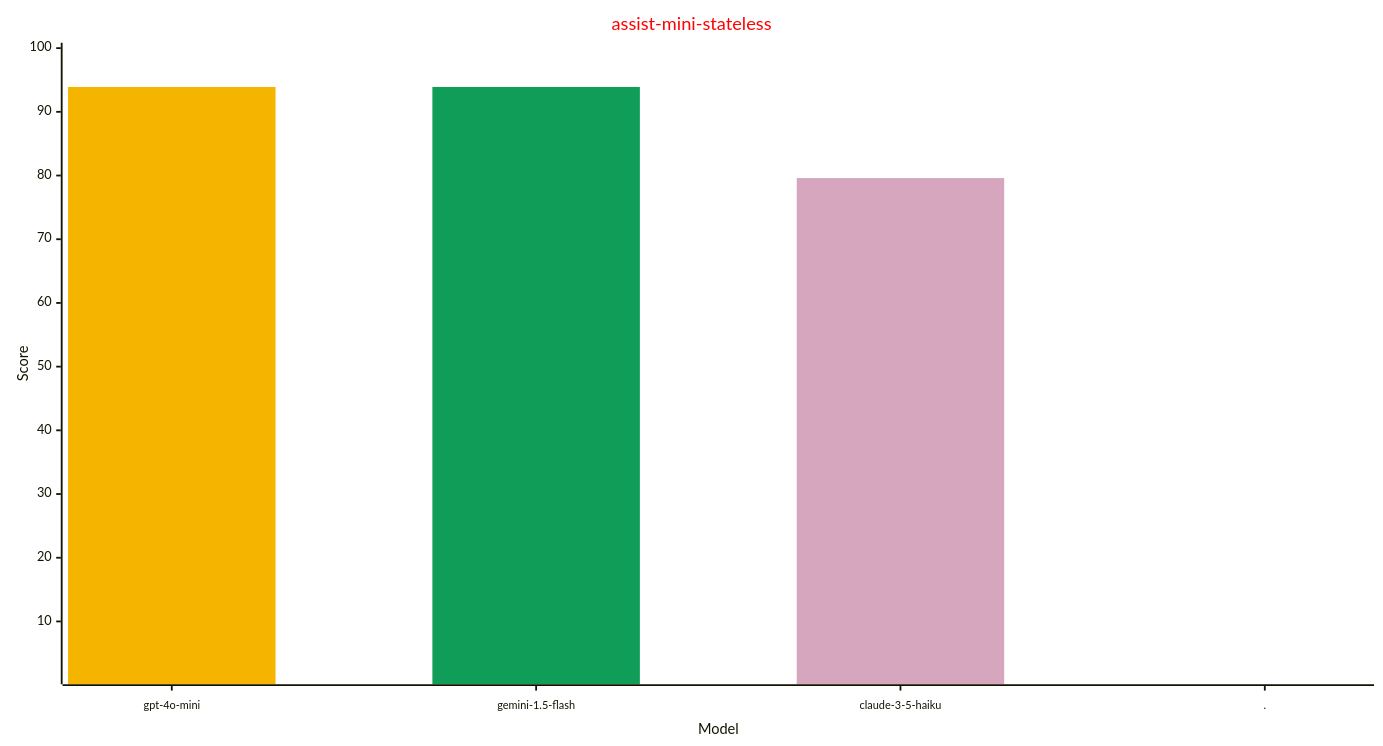
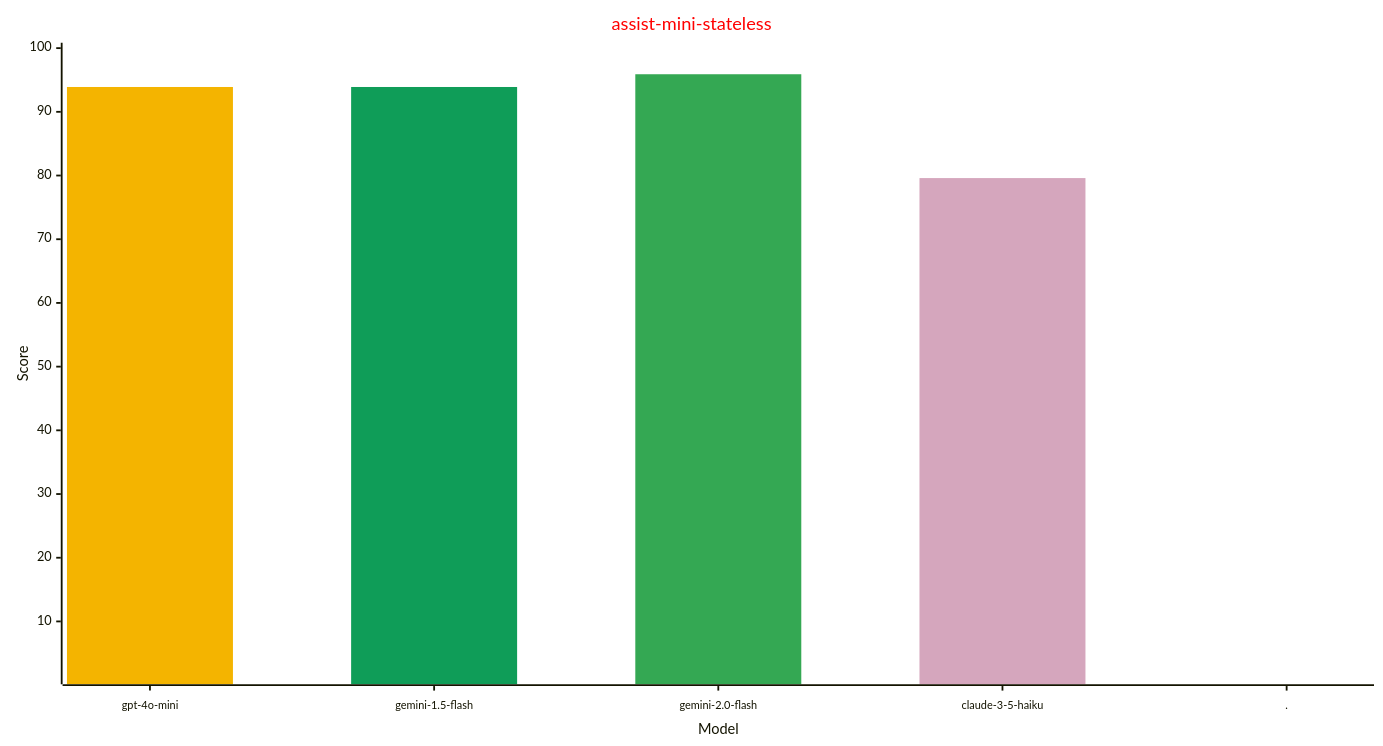
One commit to allenporter/home-assistant-datasets changed the fourth of 4 diagrams in reports/README.md. Above: the diagram before and after it, drawn with Mermaid. The commit also changed other lines of this file and 52 other files, not shown here.

Commit message:
Update assist-mini-stateless results for gemini-2.0-flash

````diff
--- a/reports/README.md
+++ b/reports/README.md
@@ -200,24 +200,25 @@
 ```mermaid
 ---
 config:
     xyChart:
         width: 1500
         height: 800
         xAxis:
           labelFontSize: 12
           labelPadding: 8
     themeVariables:
         xyChart:
             titleColor: "#ff0000"
-            plotColorPalette: "#f4b400, #0f9d58, #d5a6bd, #4285f4"
+            plotColorPalette: "#f4b400, #0f9d58, #34a853, #d5a6bd, #4285f4"
 
 ---
 xychart-beta
   title "assist-mini-stateless"
-  x-axis "Model" [gpt-4o-mini, gemini-1.5-flash, claude-3-5-haiku, .]
+  x-axis "Model" [gpt-4o-mini, gemini-1.5-flash, gemini-2.0-flash, claude-3-5-haiku, .]
   y-axis "Score" 1 --> 100
-  bar [93.9, 0.0, 0.0, 0.0]
-  bar [0.0, 93.9, 0.0, 0.0]
-  bar [0.0, 0.0, 79.6, 0.0]
-  bar [0.0, 0.0, 0.0, -1.0]
+  bar [93.9, 0.0, 0.0, 0.0, 0.0]
+  bar [0.0, 93.9, 0.0, 0.0, 0.0]
+  bar [0.0, 0.0, 95.9, 0.0, 0.0]
+  bar [0.0, 0.0, 0.0, 79.6, 0.0]
+  bar [0.0, 0.0, 0.0, 0.0, -1.0]
 ```
````
